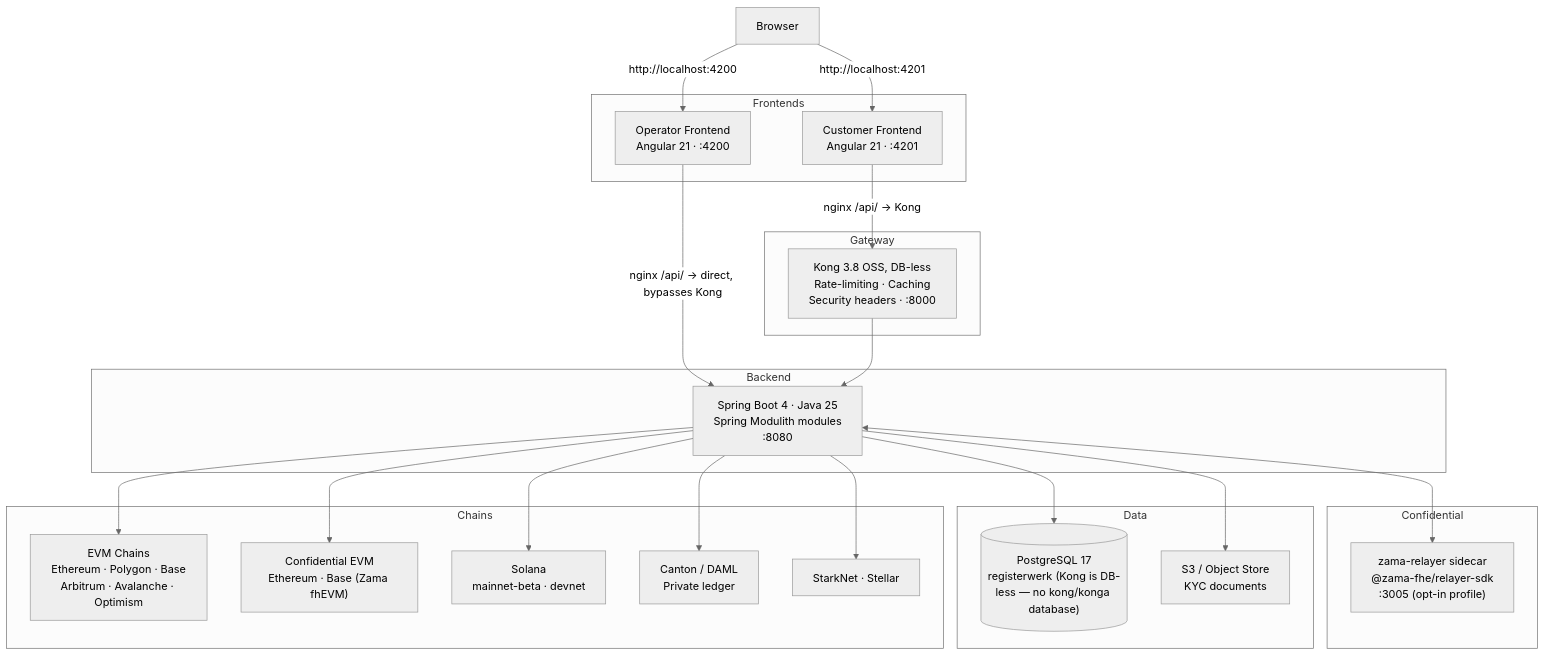
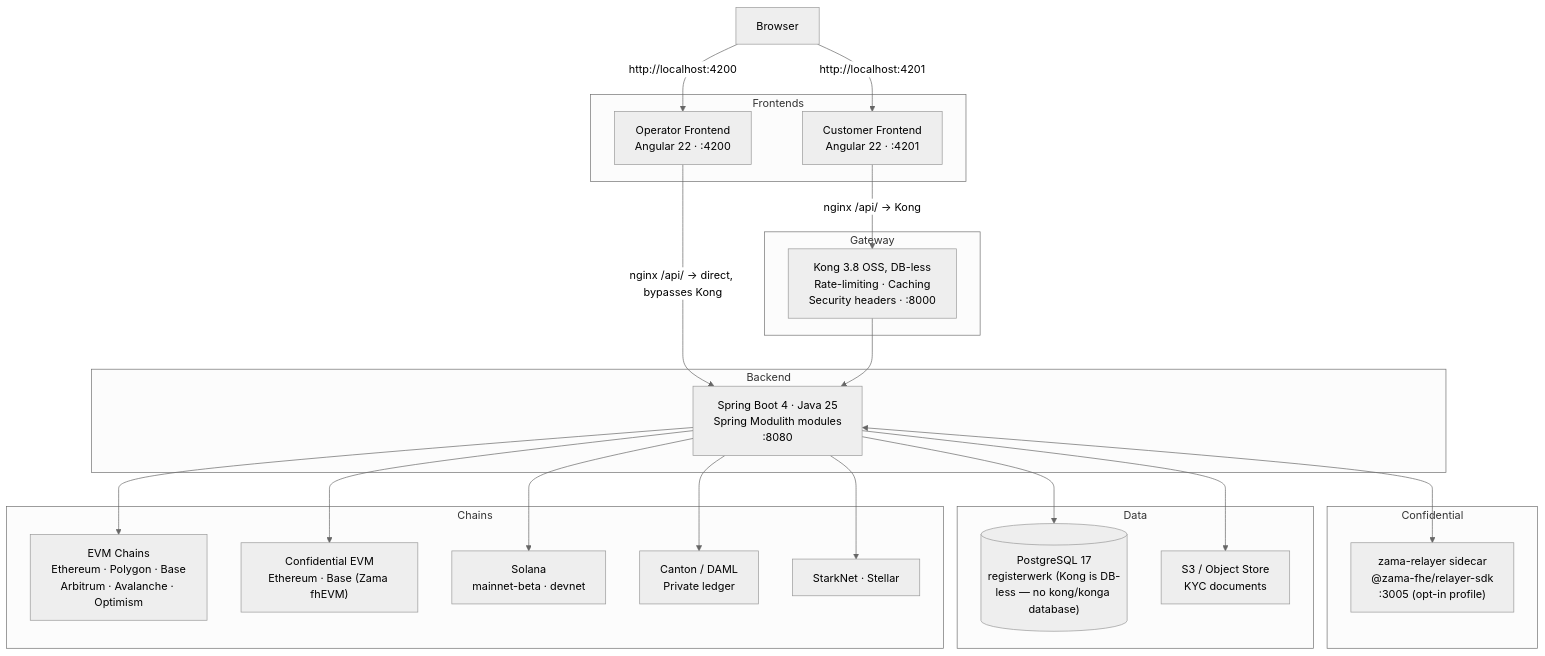
One commit to makibytes/registerwerk changed the first of 2 diagrams in docs/intro/architecture.de.md. Above: the diagram before and after it, drawn with Mermaid (neutral theme). The commit also changed 112 other files, not shown here.

````diff
--- a/docs/intro/architecture.de.md
+++ b/docs/intro/architecture.de.md
@@ -14,48 +14,48 @@
 ```mermaid
 graph TB
     U["Browser"]
 
     subgraph Frontends
-        FO["Operator Frontend<br/>Angular 21 · :4200"]
-        FC["Customer Frontend<br/>Angular 21 · :4201"]
+        FO["Operator Frontend<br/>Angular 22 · :4200"]
+        FC["Customer Frontend<br/>Angular 22 · :4201"]
     end
 
     subgraph Gateway
         K["Kong 3.8 OSS, DB-less<br/>Rate-limiting · Caching<br/>Security headers · :8000"]
     end
 
     subgraph Backend
         B["Spring Boot 4 · Java 25<br/>Spring Modulith modules<br/>:8080"]
     end
 
     subgraph Confidential
         ZR["zama-relayer sidecar<br/>@zama-fhe/relayer-sdk<br/>:3005 (opt-in profile)"]
     end
 
     subgraph Data
         PG[("PostgreSQL 17<br/>registerwerk (Kong is DB-less — no kong/konga database)")]
         S3["S3 / Object Store<br/>KYC documents"]
     end
 
     subgraph Chains
         EVM["EVM Chains<br/>Ethereum · Polygon · Base<br/>Arbitrum · Avalanche · Optimism"]
         CEVM["Confidential EVM<br/>Ethereum · Base (Zama fhEVM)"]
         SOL["Solana<br/>mainnet-beta · devnet"]
         CTN["Canton / DAML<br/>Private ledger"]
         STR["StarkNet · Stellar"]
     end
 
     U -->|"http://localhost:4200"| FO
     U -->|"http://localhost:4201"| FC
     FO -->|"nginx /api/ → direct, bypasses Kong"| B
     FC -->|"nginx /api/ → Kong"| K
     K --> B
     B <--> ZR
     B --> PG
     B --> S3
     B --> EVM
     B --> CEVM
     B --> SOL
     B --> CTN
     B --> STR
 ```
````
